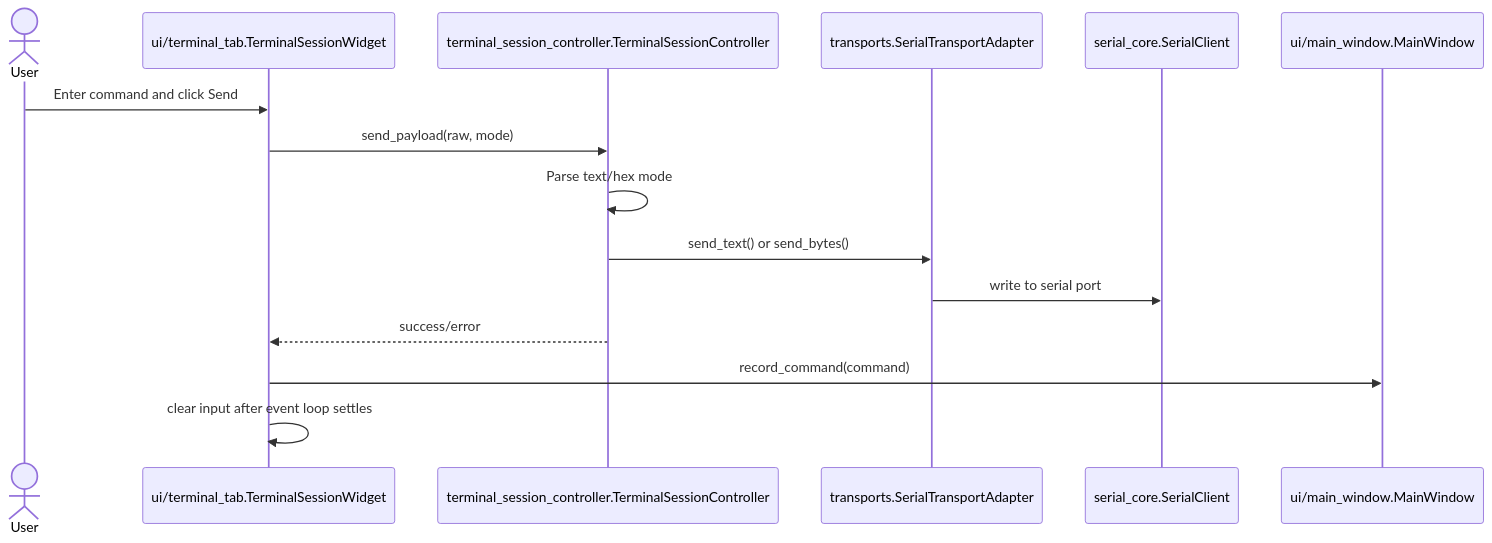
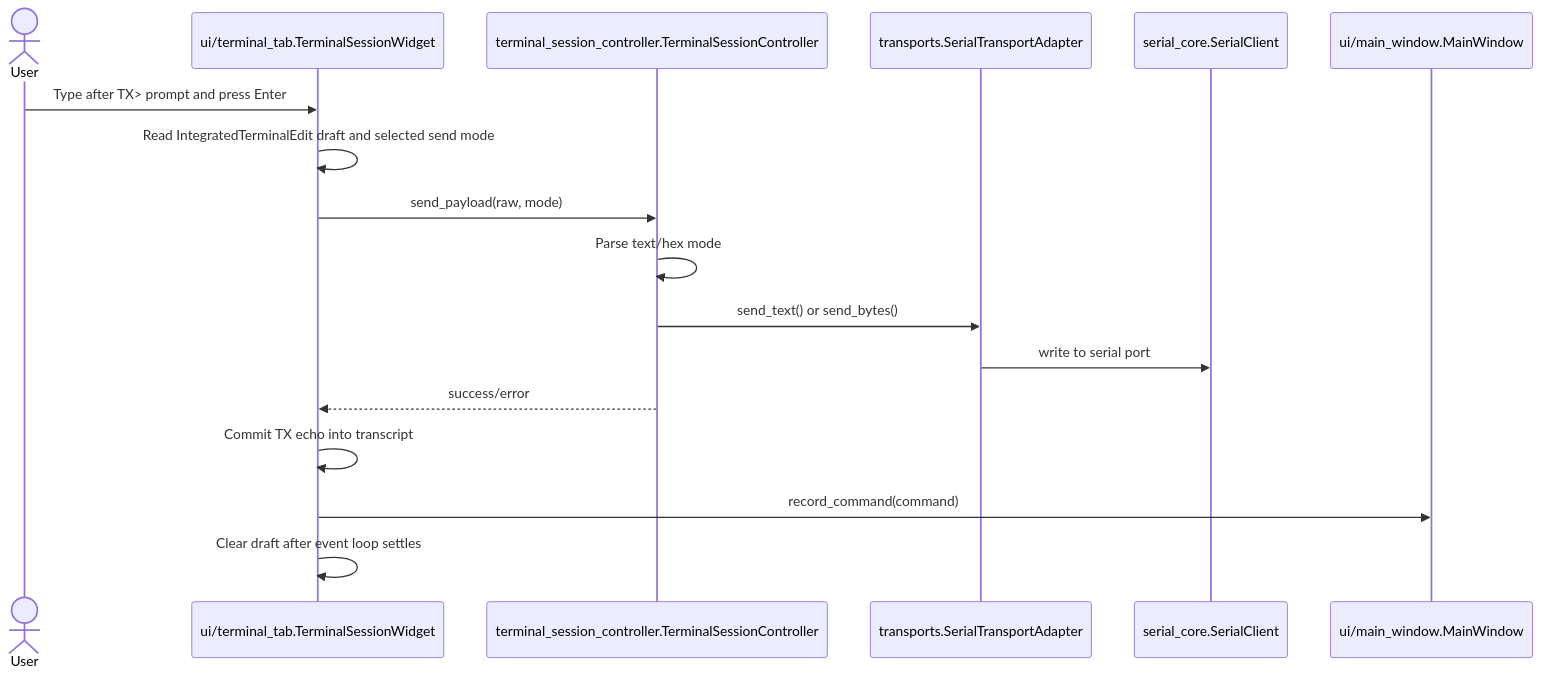
The fifth of 11 diagrams in docs/DESIGN.md (shuky-shukrun/ComPort-Zone), drawn with Mermaid before and after one commit. The commit also changed other lines of this file and 7 other files, not shown here.

````diff
--- a/docs/DESIGN.md
+++ b/docs/DESIGN.md
@@ -231,18 +235,20 @@
 ```mermaid
 sequenceDiagram
     actor User
     participant Tab as ui/terminal_tab.TerminalSessionWidget
     participant Ctrl as terminal_session_controller.TerminalSessionController
     participant Transport as transports.SerialTransportAdapter
     participant Serial as serial_core.SerialClient
     participant Host as ui/main_window.MainWindow
 
-    User->>Tab: Enter command and click Send
+    User->>Tab: Type after TX> prompt and press Enter
+    Tab->>Tab: Read IntegratedTerminalEdit draft and selected send mode
     Tab->>Ctrl: send_payload(raw, mode)
     Ctrl->>Ctrl: Parse text/hex mode
     Ctrl->>Transport: send_text() or send_bytes()
     Transport->>Serial: write to serial port
     Ctrl-->>Tab: success/error
+    Tab->>Tab: Commit TX echo into transcript
     Tab->>Host: record_command(command)
-    Tab->>Tab: clear input after event loop settles
+    Tab->>Tab: Clear draft after event loop settles
 ```
````
